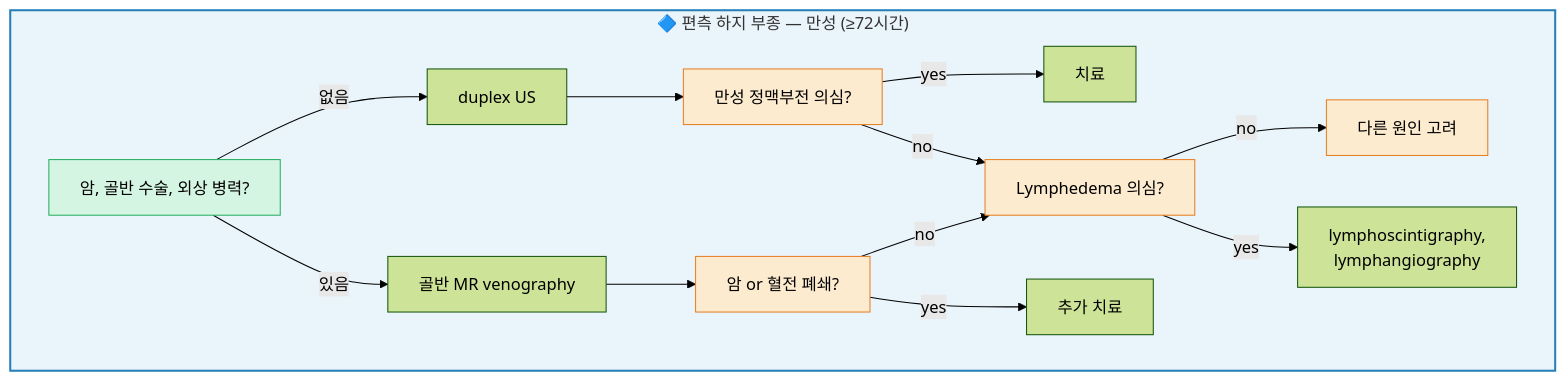
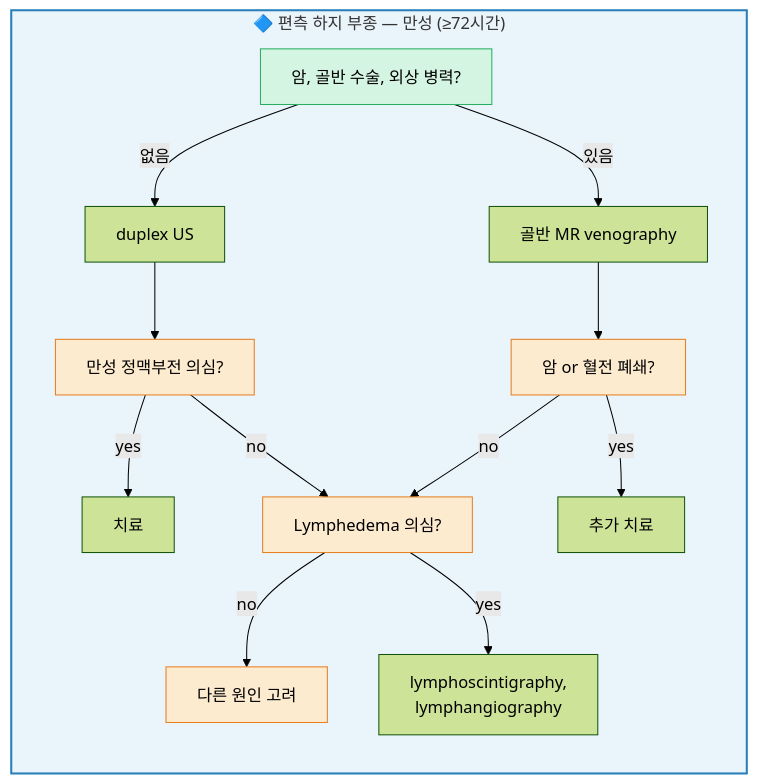
The second of 4 diagrams in 220_/012_-edema.md (familyoh77/familyoh77), drawn with Mermaid (forest theme) before and after one commit. The commit also changed other lines of this file, not shown here.

````diff
--- a/220_/012_-edema.md
+++ b/220_/012_-edema.md
@@ -200,24 +188,25 @@
 ```mermaid
 graph TD
     subgraph SG2["🔷 편측 하지 부종 — 만성 (≥72시간)"]
+        direction TB
         B2["암, 골반 수술, 외상 병력?"]
         B2 -- "없음" --> C2["duplex US"]
         B2 -- "있음" --> D2["골반 MR venography"]
         C2 --> E2["만성 정맥부전 의심?"]
         E2 -- "yes" --> F2["치료"]
         E2 -- "no" --> G2["Lymphedema 의심?"]
         D2 --> H2["암 or 혈전 폐쇄?"]
         H2 -- "no" --> G2
         H2 -- "yes" --> I2["추가 치료"]
         G2 -- "no" --> J2["다른 원인 고려"]
         G2 -- "yes" --> K2["lymphoscintigraphy,
 lymphangiography"]
     end
 
     style SG2 fill:#eaf4fb,stroke:#2980b9,stroke-width:2px
     style B2 fill:#d5f5e3,stroke:#27ae60
     style H2 fill:#fdebd0,stroke:#e67e22
     style E2 fill:#fdebd0,stroke:#e67e22
     style G2 fill:#fdebd0,stroke:#e67e22
     style J2 fill:#fdebd0,stroke:#e67e22
 ```
````
